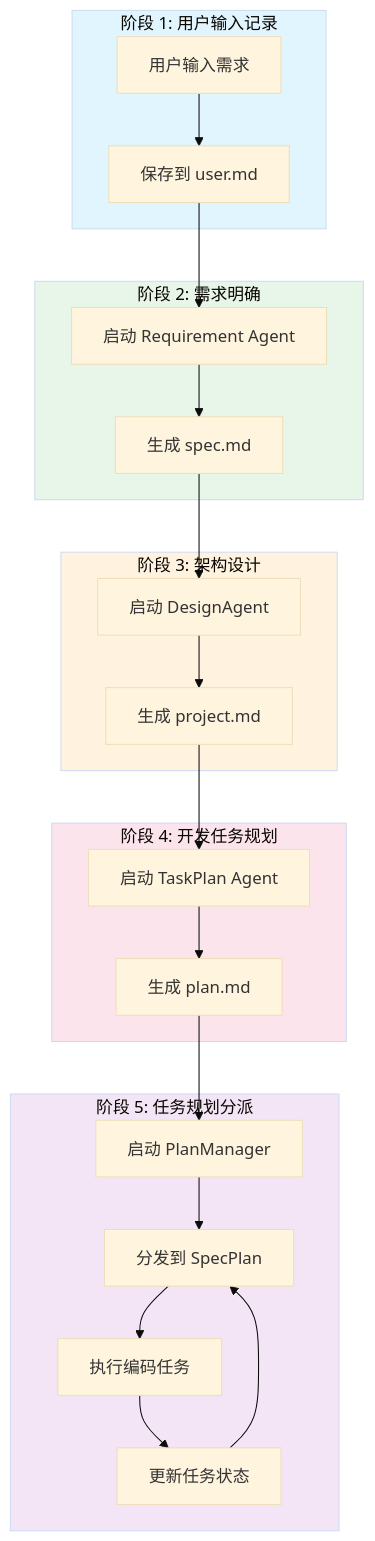
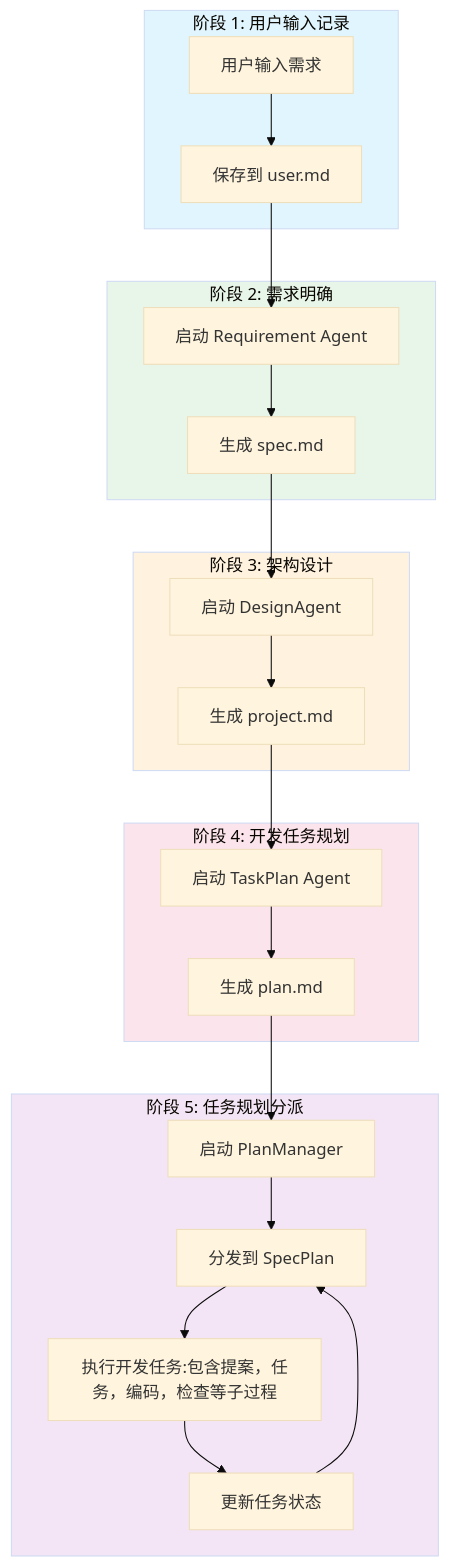
The diagram in i18n/zh/docusaurus-plugin-content-docs-cli/current/product-characteristics/strict-spec.md (xiaojingming/manual), drawn with Mermaid (base theme) before and after one commit. The commit also changed other lines of this file, not shown here.

````diff
--- a/i18n/zh/docusaurus-plugin-content-docs-cli/current/product-characteristics/strict-spec.md
+++ b/i18n/zh/docusaurus-plugin-content-docs-cli/current/product-characteristics/strict-spec.md
@@ -30,35 +17,35 @@
 ```mermaid
 flowchart TB
     subgraph Phase1["阶段 1: 用户输入记录"]
         A[用户输入需求] --> B[保存到 user.md]
     end
     
     subgraph Phase2["阶段 2: 需求明确"]
         B --> C["启动 Requirement Agent"]
         C --> D[生成 spec.md]
     end
     
     subgraph Phase3["阶段 3: 架构设计"]
         D --> E["启动 DesignAgent"]
         E --> F[生成 project.md]
     end
     
     subgraph Phase4["阶段 4: 开发任务规划"]
         F --> G["启动 TaskPlan Agent"]
         G --> H[生成 plan.md]
     end
     
     subgraph Phase5["阶段 5: 任务规划分派"]
         H --> I["启动 PlanManager"]
         I --> J["分发到 SpecPlan"]
-        J --> K[执行编码任务]
+        J --> K[执行开发任务:包含提案，任务，编码，检查等子过程]
         K --> L[更新任务状态]
         L --> J
     end
     
     style Phase1 fill:#e1f5fe
     style Phase2 fill:#e8f5e9
     style Phase3 fill:#fff3e0
     style Phase4 fill:#fce4ec
     style Phase5 fill:#f3e5f5
 ```
````
